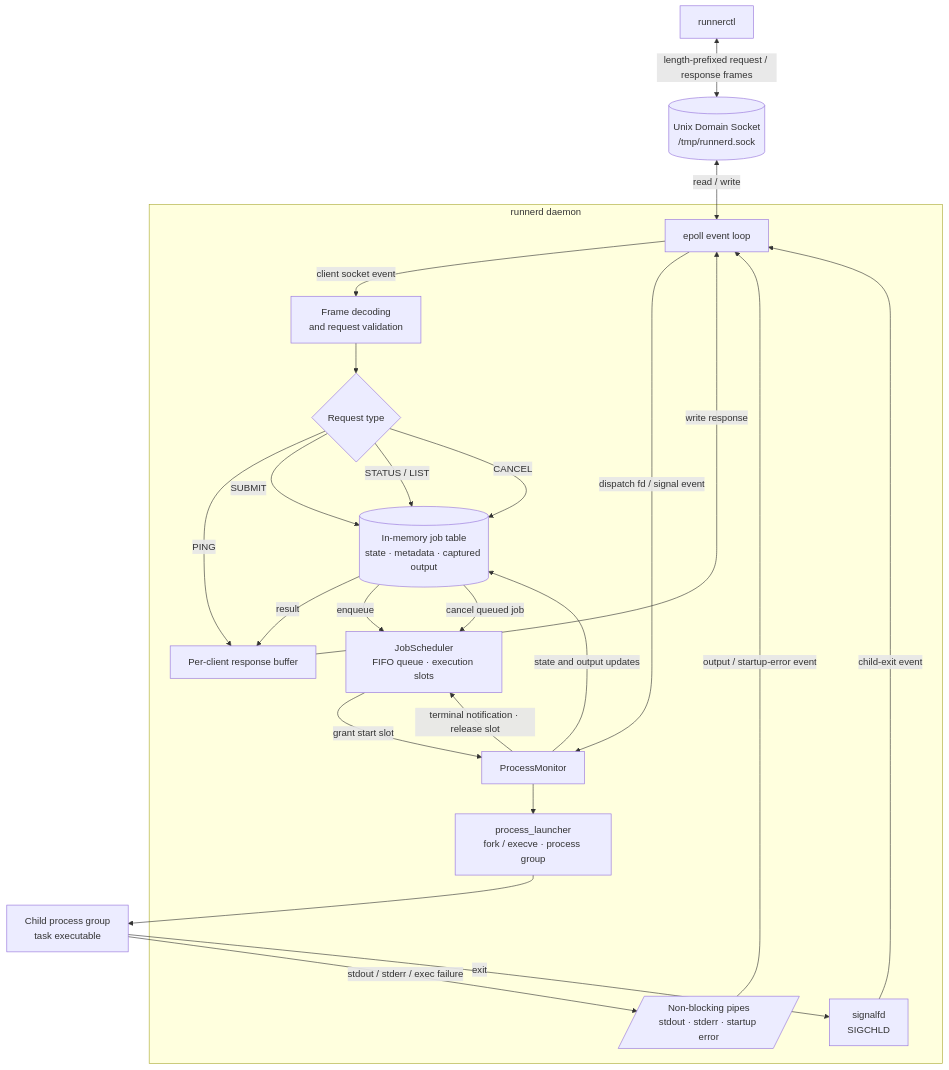
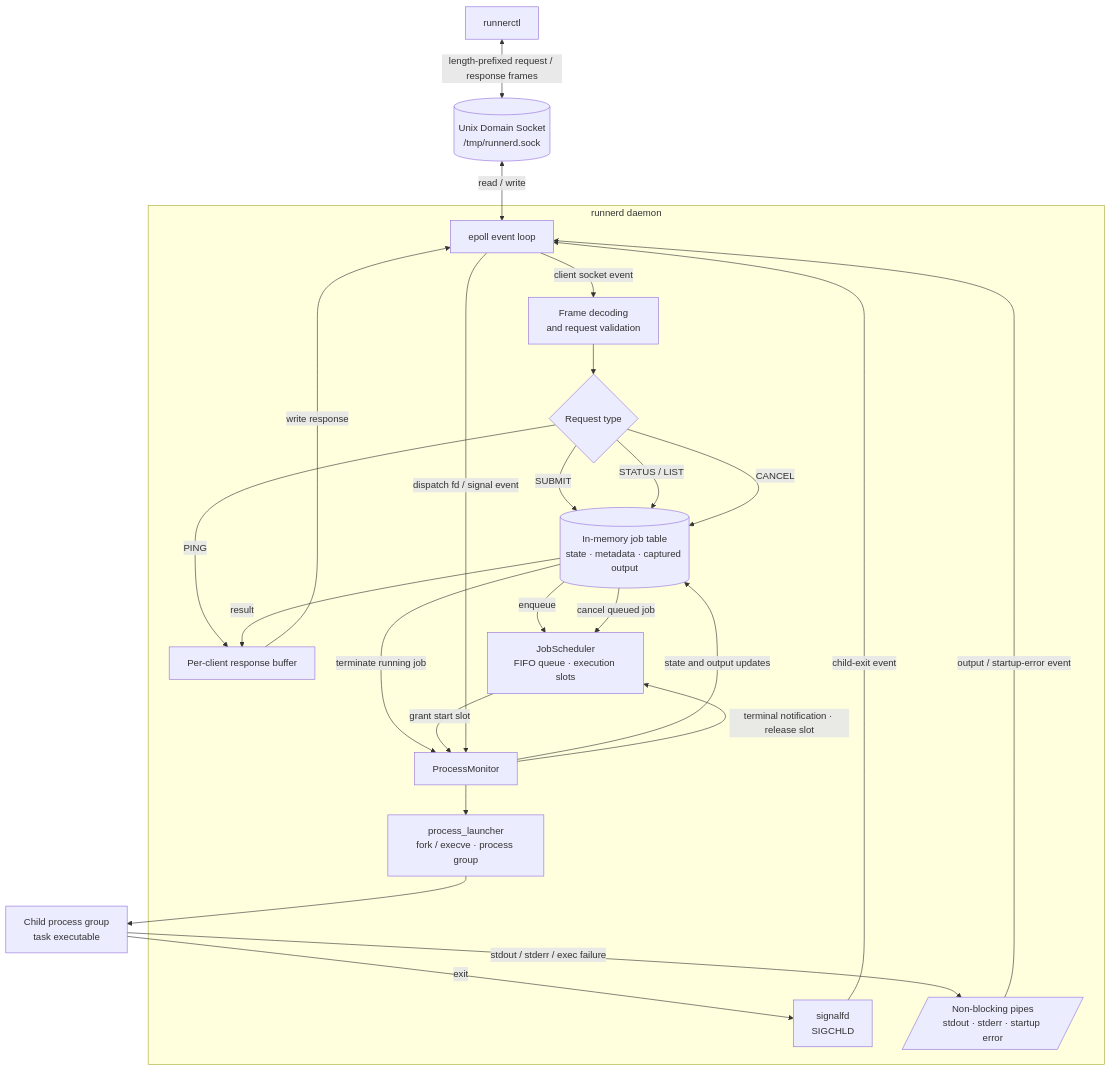
The diagram in README_EN.md (qxf-72/runnerd), drawn with Mermaid before and after one commit. The commit also changed other lines of this file and 1 other file, not shown here.

Commit message:
docs: document running job cancellation

````diff
--- a/README_EN.md
+++ b/README_EN.md
@@ -117,41 +121,42 @@
 ```mermaid
 flowchart TB
     CLI["runnerctl"]
     Socket[("Unix Domain Socket<br/>/tmp/runnerd.sock")]
     CLI <-->|"length-prefixed request / response frames"| Socket
 
     subgraph Daemon["runnerd daemon"]
         Loop["epoll event loop"]
         Decode["Frame decoding<br/>and request validation"]
         Route{"Request type"}
         Reply["Per-client response buffer"]
         Jobs[("In-memory job table<br/>state · metadata · captured output")]
         Scheduler["JobScheduler<br/>FIFO queue · execution slots"]
         Monitor["ProcessMonitor"]
         Launcher["process_launcher<br/>fork / execve · process group"]
         Signal["signalfd<br/>SIGCHLD"]
         Pipes[/"Non-blocking pipes<br/>stdout · stderr · startup error"/]
 
         Loop -->|"client socket event"| Decode --> Route
         Route -->|"PING"| Reply
         Route -->|"SUBMIT"| Jobs
         Route -->|"STATUS / LIST"| Jobs
         Route -->|"CANCEL"| Jobs
         Jobs -->|"result"| Reply
         Reply -->|"write response"| Loop
 
         Jobs -->|"enqueue"| Scheduler
         Jobs -->|"cancel queued job"| Scheduler
+        Jobs -->|"terminate running job"| Monitor
         Scheduler -->|"grant start slot"| Monitor --> Launcher
         Pipes -->|"output / startup-error event"| Loop
         Signal -->|"child-exit event"| Loop
         Loop -->|"dispatch fd / signal event"| Monitor
         Monitor -->|"state and output updates"| Jobs
         Monitor -->|"terminal notification · release slot"| Scheduler
     end
 
     Socket <-->|"read / write"| Loop
     Launcher --> Child["Child process group<br/>task executable"]
     Child -->|"stdout / stderr / exec failure"| Pipes
     Child -->|"exit"| Signal
 ```
````
